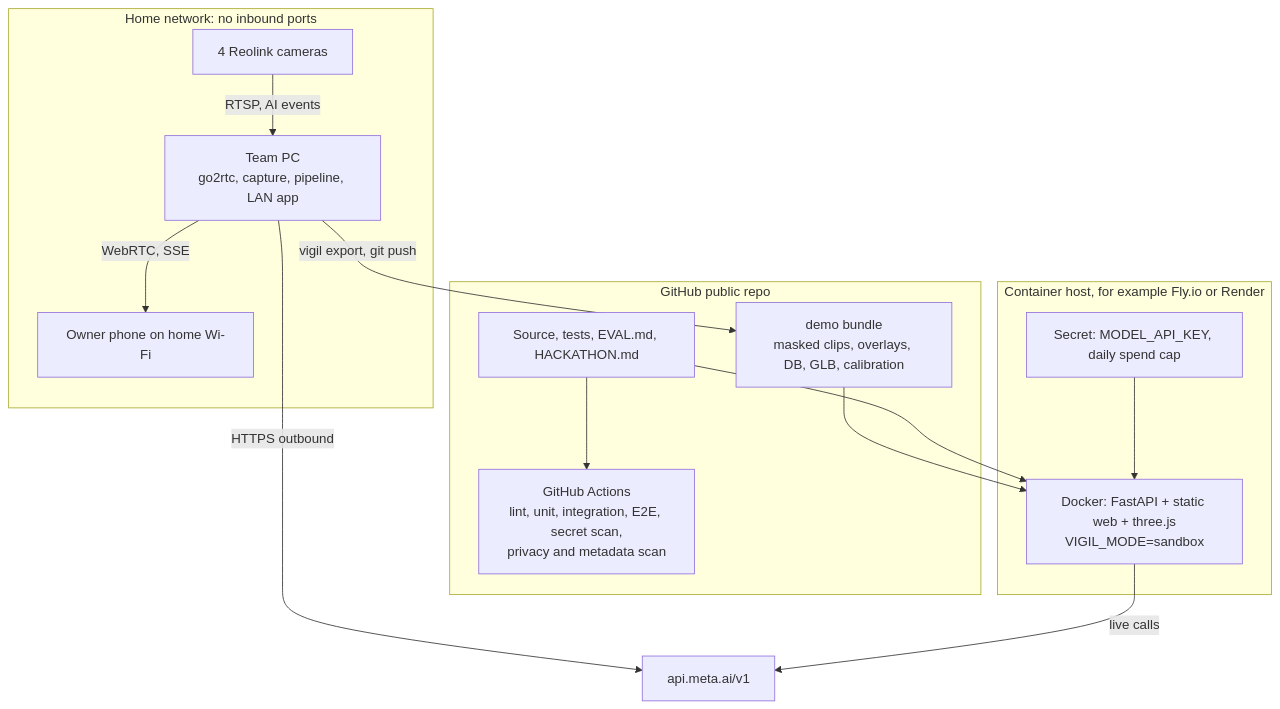
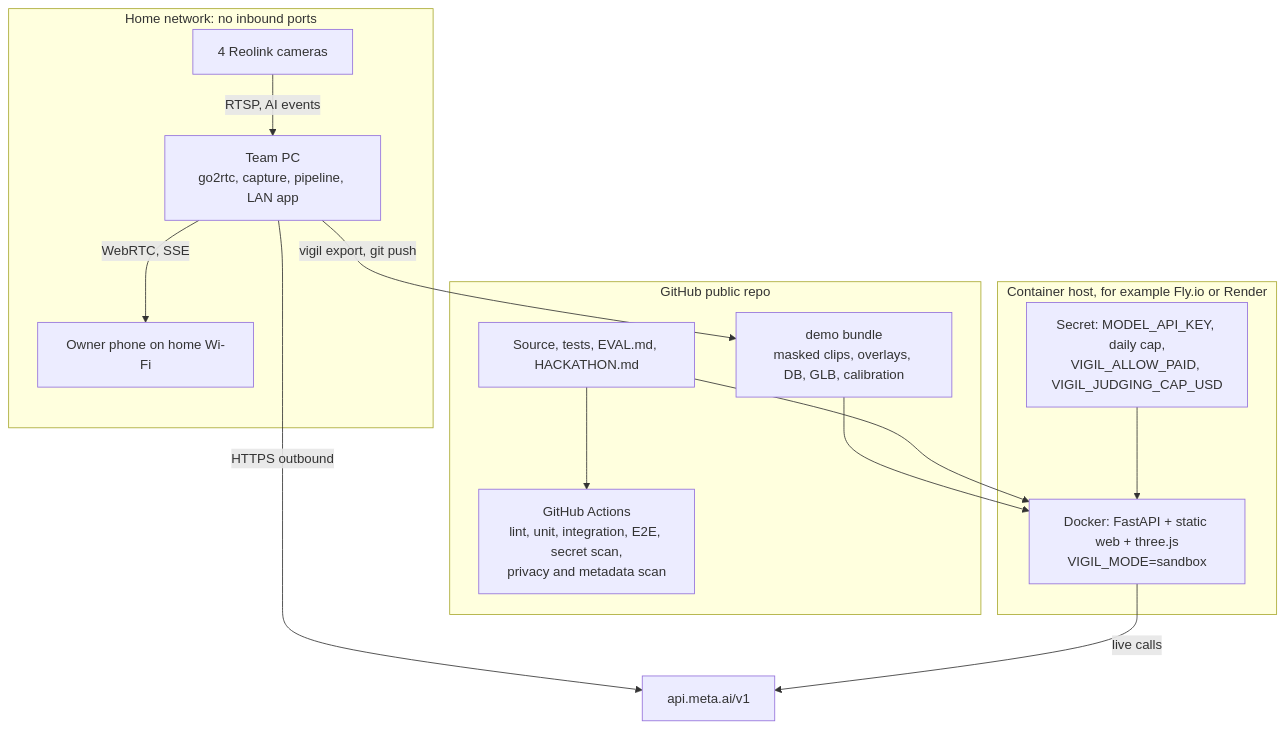
One commit to gabrielromerod/meta-global-ai-developer-hackathon-2026 changed diagram 11 of 14 in docs/spec/vigil-spec.md. Above: the diagram before and after it, drawn with Mermaid. The commit also changed other lines of this file and 16 other files, not shown here.

````diff
--- a/docs/spec/vigil-spec.md
+++ b/docs/spec/vigil-spec.md
@@ -656,27 +699,27 @@
 ```mermaid
 flowchart TB
   subgraph house["Home network: no inbound ports"]
     cams["4 Reolink cameras"]
     pc["Team PC<br/>go2rtc, capture, pipeline, LAN app"]
     phoneapp["Owner phone on home Wi-Fi"]
   end
   subgraph gh["GitHub public repo"]
     code["Source, tests, EVAL.md, HACKATHON.md"]
     bundle["demo bundle<br/>masked clips, overlays, DB, GLB, calibration"]
     ci["GitHub Actions<br/>lint, unit, integration, E2E, secret scan,<br/>privacy and metadata scan"]
   end
   subgraph host["Container host, for example Fly.io or Render"]
     app["Docker: FastAPI + static web + three.js<br/>VIGIL_MODE=sandbox"]
-    secret["Secret: MODEL_API_KEY, daily spend cap"]
+    secret["Secret: MODEL_API_KEY, daily cap,<br/>VIGIL_ALLOW_PAID, VIGIL_JUDGING_CAP_USD"]
   end
   meta["api.meta.ai/v1"]
   cams -->|"RTSP, AI events"| pc
   pc -->|"WebRTC, SSE"| phoneapp
   pc -->|"HTTPS outbound"| meta
   pc -->|"vigil export, git push"| bundle
   code --> ci
   bundle --> app
   code --> app
   secret --> app
   app -->|"live calls"| meta
 ```
````
